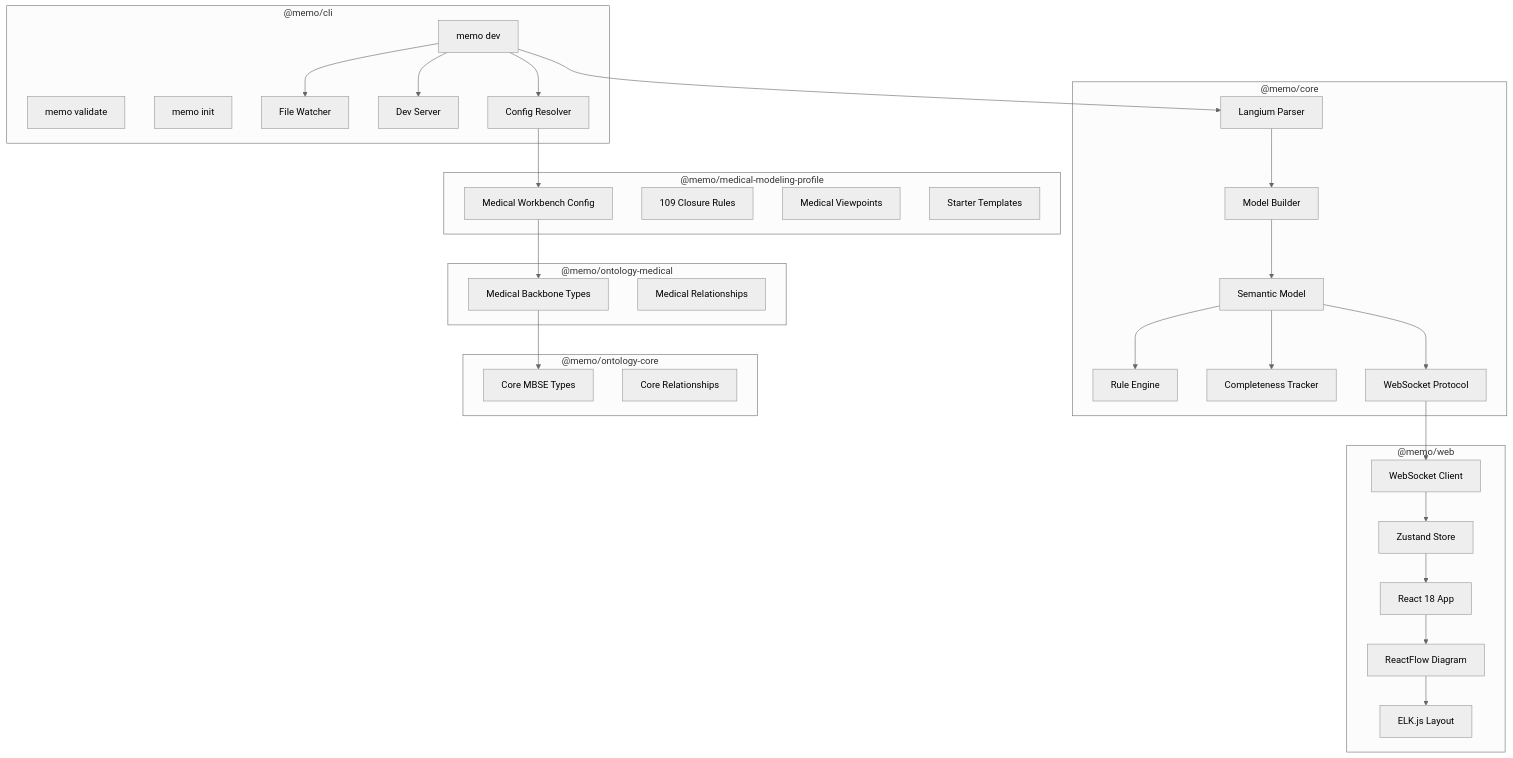
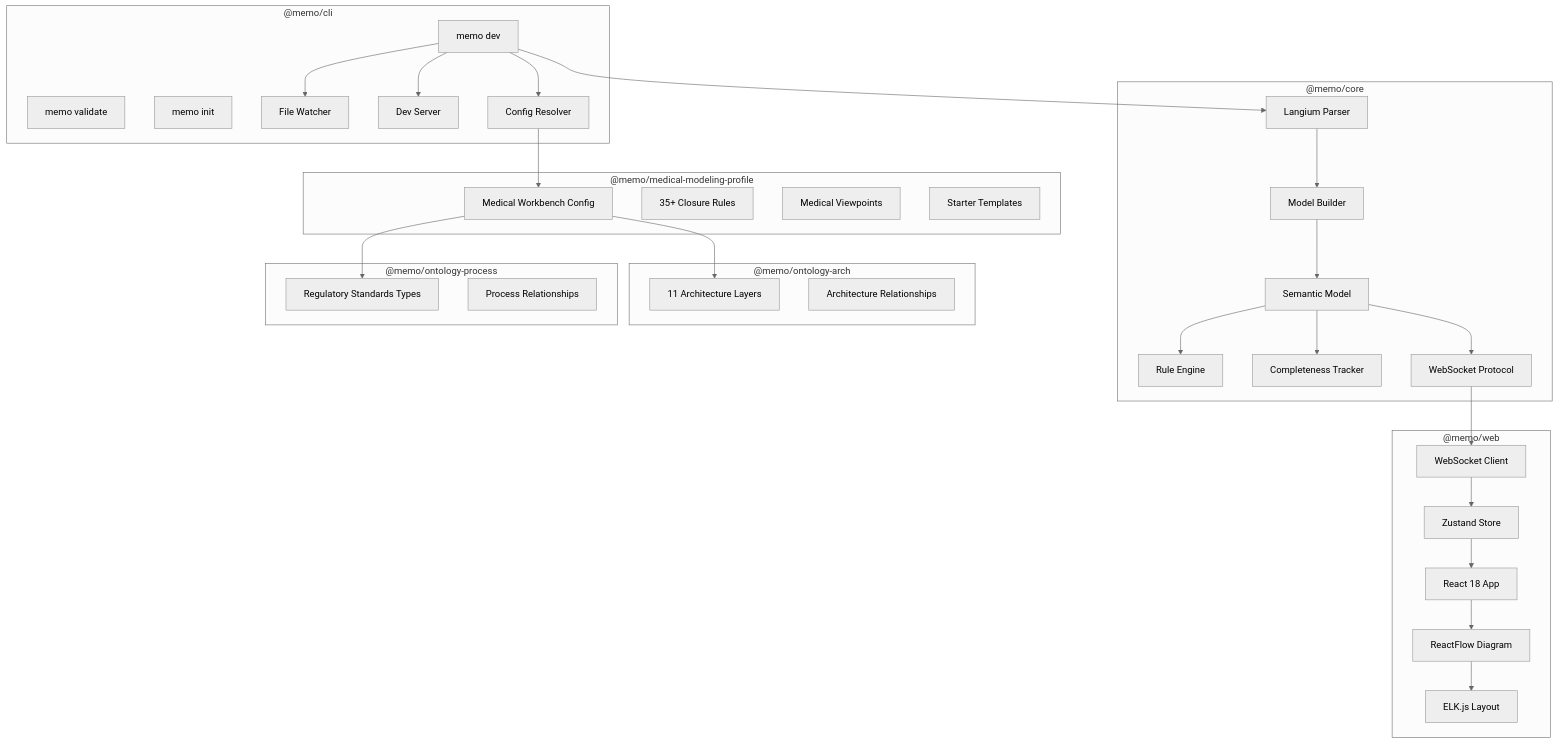
Before and after one commit to memoarchitect/memo-architect: the second of 2 diagrams in docs/src/developers/architecture/overview.md, drawn with Mermaid (neutral theme). The commit also changed other lines of this file and 2 other files, not shown here.

Commit message:
Phase 9: docs — ADR-1-10, overview.md, CLAUDE.md for two-ontology refactor
- ADR-1-10: records rationale for collapsing 9 packages into ontology-arch + ontology-process
- overview.md: update mermaid diagram and dependency table
- CLAUDE.md: update package structure, add ADR reference, update test count

````diff
--- a/docs/src/developers/architecture/overview.md
+++ b/docs/src/developers/architecture/overview.md
@@ -21,65 +21,65 @@
 ```mermaid
 graph TD
     subgraph "@memo/core"
         Parser[Langium Parser]
         Builder[Model Builder]
         Validator[Rule Engine]
         Completeness[Completeness Tracker]
         Semantic[Semantic Model]
         Protocol[WebSocket Protocol]
     end
 
-    subgraph "@memo/ontology-core"
-        CoreTypes[Core MBSE Types]
-        CoreRels[Core Relationships]
+    subgraph "@memo/ontology-arch"
+        ArchTypes[11 Architecture Layers]
+        ArchRels[Architecture Relationships]
     end
 
-    subgraph "@memo/ontology-medical"
-        MedTypes[Medical Backbone Types]
-        MedRels[Medical Relationships]
+    subgraph "@memo/ontology-process"
+        ProcTypes[Regulatory Standards Types]
+        ProcRels[Process Relationships]
     end
 
     subgraph "@memo/medical-modeling-profile"
         MedConfig[Medical Workbench Config]
-        Rules[109 Closure Rules]
+        Rules[35+ Closure Rules]
         Viewpoints[Medical Viewpoints]
         Templates[Starter Templates]
     end
 
     subgraph "@memo/cli"
         DevCmd[memo dev]
         ValidateCmd[memo validate]
         InitCmd[memo init]
         FileWatcher[File Watcher]
         DevServer[Dev Server]
         ConfigResolver[Config Resolver]
     end
 
     subgraph "@memo/web"
         React[React 18 App]
         ReactFlow[ReactFlow Diagram]
         ELK[ELK.js Layout]
         Zustand[Zustand Store]
         WS[WebSocket Client]
     end
 
     Parser --> Builder
     Builder --> Semantic
     Semantic --> Validator
     Semantic --> Completeness
     Semantic --> Protocol
 
     DevCmd --> Parser
     DevCmd --> ConfigResolver
     DevCmd --> DevServer
     DevCmd --> FileWatcher
     ConfigResolver --> MedConfig
-    MedConfig --> MedTypes
-    MedTypes --> CoreTypes
+    MedConfig --> ArchTypes
+    MedConfig --> ProcTypes
 
     Protocol --> WS
     WS --> Zustand
     Zustand --> React
     React --> ReactFlow
     ReactFlow --> ELK
 ```
````
